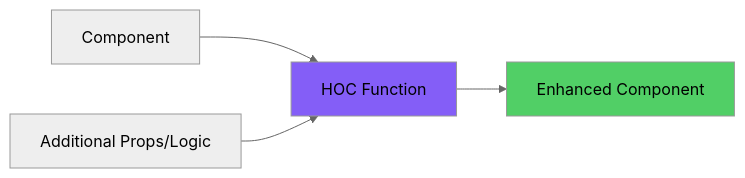
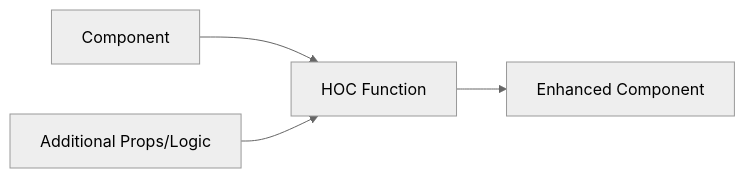
One commit to BabaScience/react-guides changed the eighth of 12 diagrams in arguments/chapters/03-component-patterns-best-practices.md. Above: the diagram before and after it, drawn with Mermaid (neutral theme). The commit also changed other lines of this file and 29 other files, not shown here.

First line of the commit message:
Bring React FR/IT translations to full English parity + theme-safe diagrams

````diff
--- a/arguments/chapters/03-component-patterns-best-practices.md
+++ b/arguments/chapters/03-component-patterns-best-practices.md
@@ -1450,9 +1428,7 @@
 ```mermaid
 graph LR
     A[Component] --> B[HOC Function]
     C[Additional Props/Logic] --> B
     B --> D[Enhanced Component]
     
-    style B fill:#845ef7
-    style D fill:#51cf66
 ```
````
